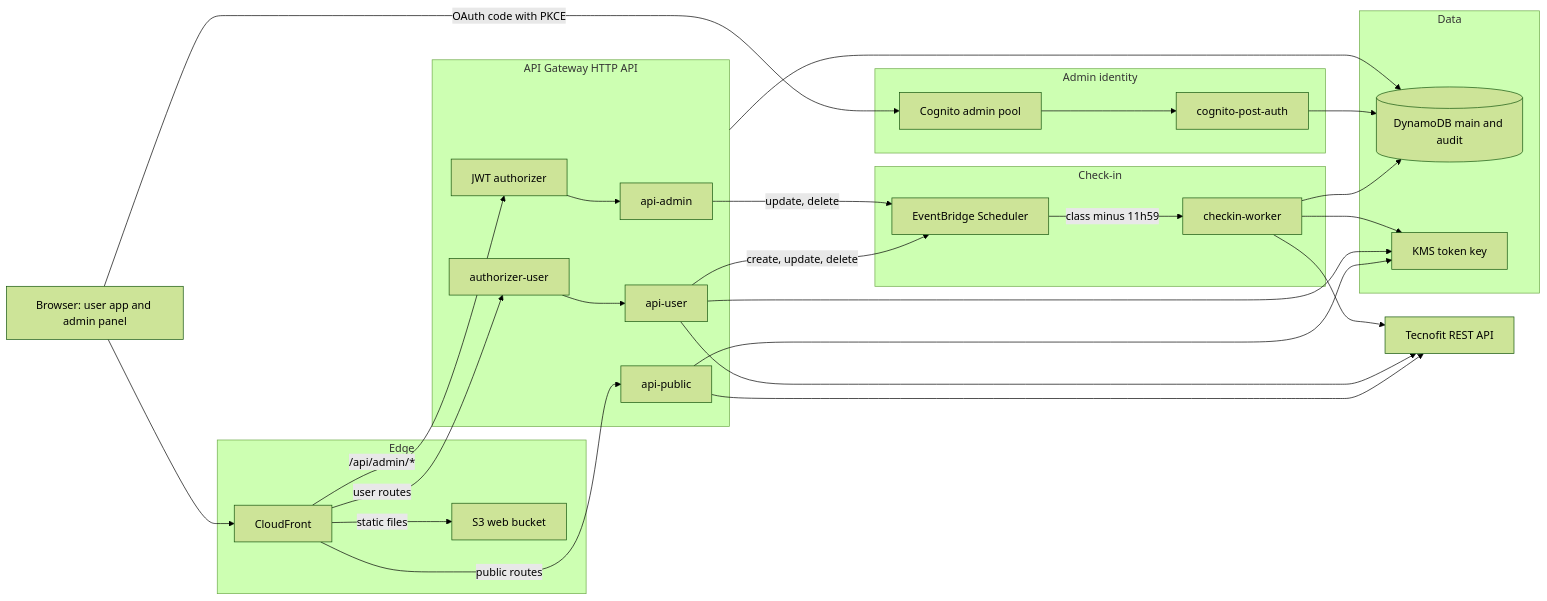
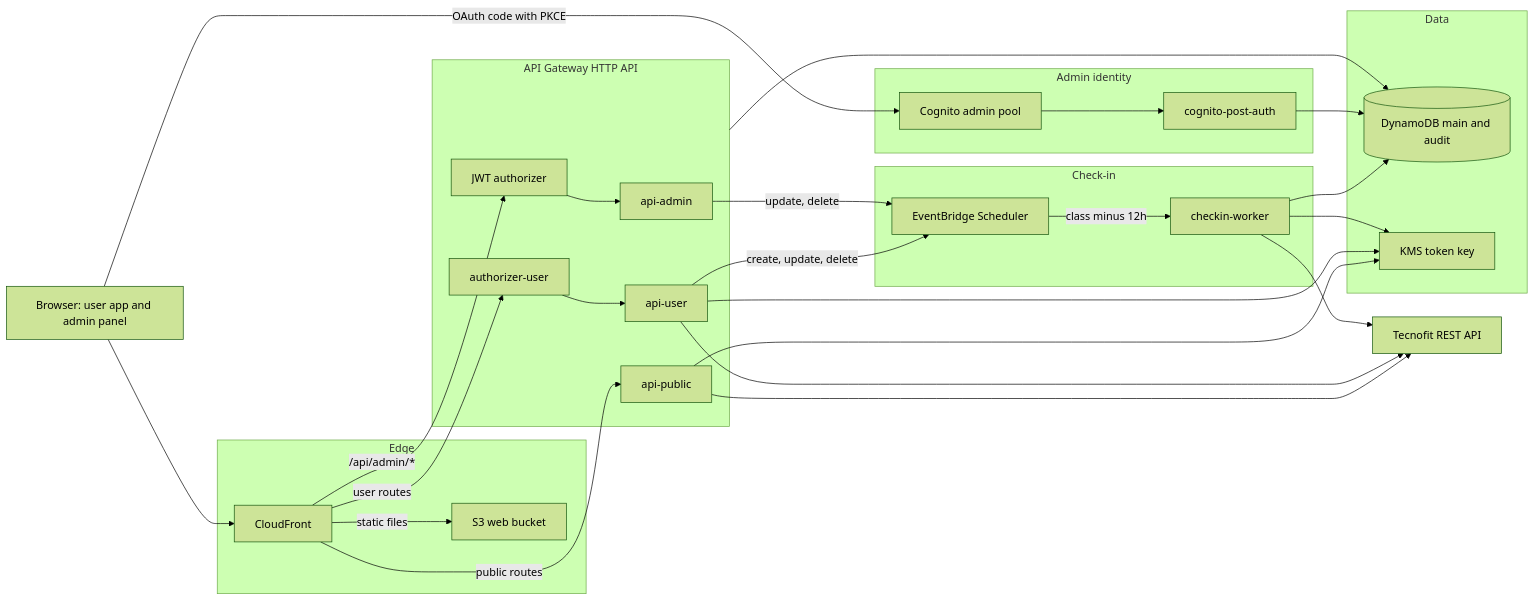
One commit to alexandresilvestri/tecnofit-auto-checkin changed the first of 4 diagrams in docs/architecture.md. Above: the diagram before and after it, drawn with Mermaid (forest theme). The commit also changed other lines of this file and 19 other files, not shown here.

````diff
--- a/docs/architecture.md
+++ b/docs/architecture.md
@@ -24,50 +24,50 @@
 ```mermaid
 flowchart LR
   browser["Browser: user app and admin panel"]
 
   subgraph edge["Edge"]
     cf["CloudFront"]
     s3["S3 web bucket"]
   end
 
   subgraph api["API Gateway HTTP API"]
     authu["authorizer-user"]
     jwt["JWT authorizer"]
     pub["api-public"]
     user["api-user"]
     admin["api-admin"]
   end
 
   subgraph checkin["Check-in"]
     sched["EventBridge Scheduler"]
     worker["checkin-worker"]
   end
 
   subgraph idp["Admin identity"]
     cognito["Cognito admin pool"]
     postauth["cognito-post-auth"]
   end
 
   subgraph data["Data"]
     ddb[("DynamoDB main and audit")]
     kms["KMS token key"]
   end
 
   tecnofit["Tecnofit REST API"]
 
   browser --> cf
   browser -->|"OAuth code with PKCE"| cognito
   cf -->|"static files"| s3
   cf -->|"public routes"| pub
   cf -->|"user routes"| authu --> user
   cf -->|"/api/admin/*"| jwt --> admin
   cognito --> postauth
   user -->|"create, update, delete"| sched
   admin -->|"update, delete"| sched
-  sched -->|"class minus 11h59"| worker
+  sched -->|"class minus 12h"| worker
   api --> ddb
   pub & user --> kms
   pub & user --> tecnofit
   worker --> ddb & kms & tecnofit
   postauth --> ddb
 ```
````
